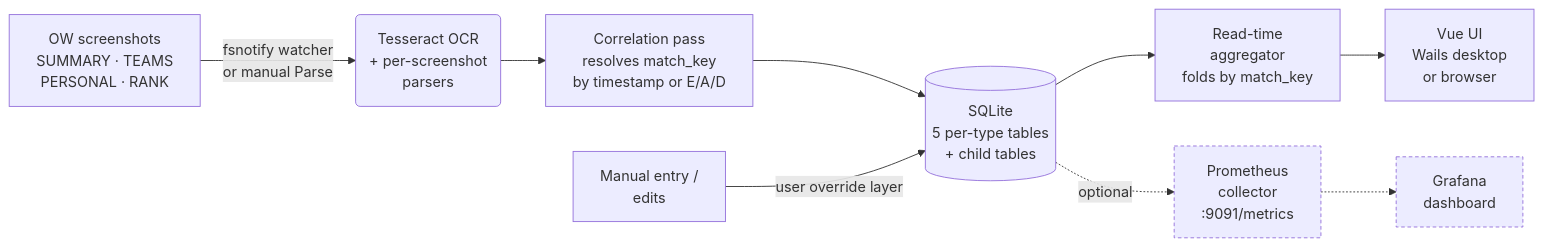
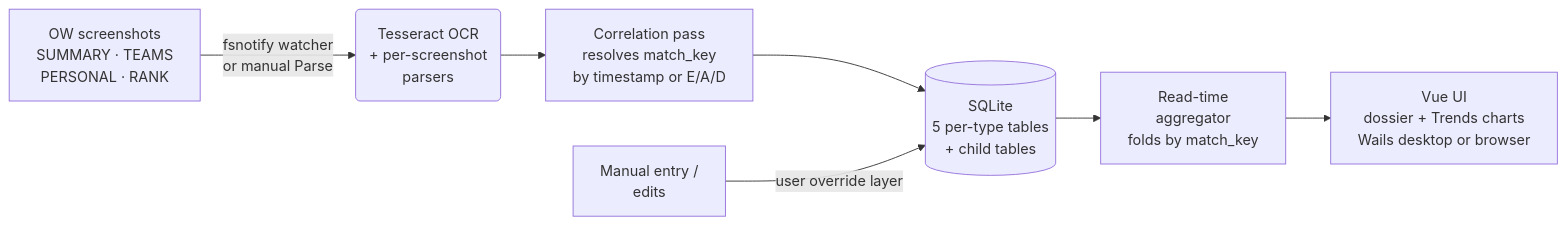
The diagram in ARCHITECTURE.md (sound-barrier/recall), drawn with Mermaid before and after one commit. The commit also changed other lines of this file and 59 other files, not shown here.

````diff
--- a/ARCHITECTURE.md
+++ b/ARCHITECTURE.md
@@ -12,13 +12,9 @@
 ```mermaid
 flowchart LR
   A[OW screenshots<br/>SUMMARY · TEAMS<br/>PERSONAL · RANK] -->|fsnotify watcher<br/>or manual Parse| B(Tesseract OCR<br/>+ per-screenshot<br/>parsers)
   B --> C[Correlation pass<br/>resolves match_key<br/>by timestamp or E/A/D]
   C --> D[(SQLite<br/>5 per-type tables<br/>+ child tables)]
   M[Manual entry /<br/>edits] -->|user override layer| D
   D --> E[Read-time<br/>aggregator<br/>folds by match_key]
-  E --> F[Vue UI<br/>Wails desktop<br/>or browser]
-  D -.->|optional| G[Prometheus<br/>collector<br/>:9091/metrics]
-  G -.-> H[Grafana<br/>dashboard]
-  classDef opt stroke-dasharray: 4 3
-  class G,H opt
+  E --> F[Vue UI<br/>dossier + Trends charts<br/>Wails desktop or browser]
 ```
````
